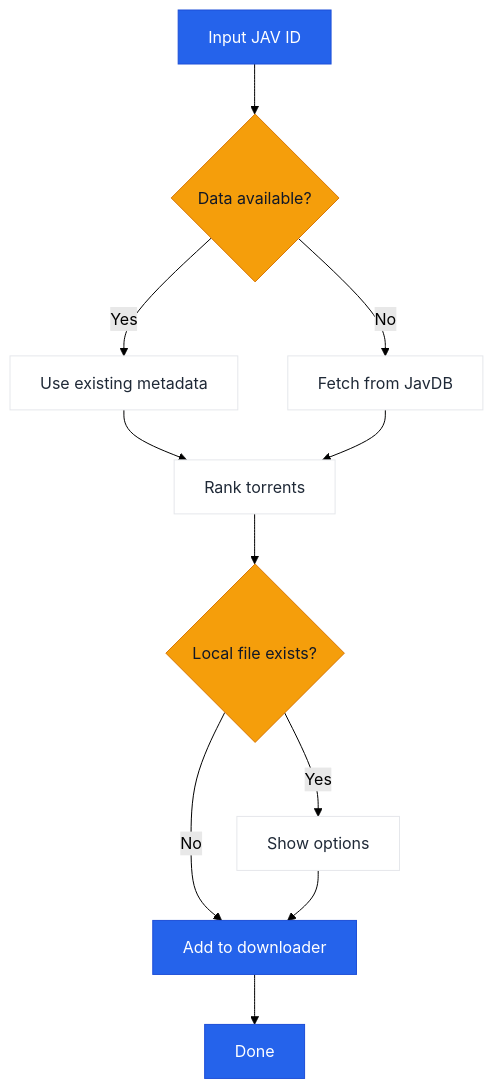
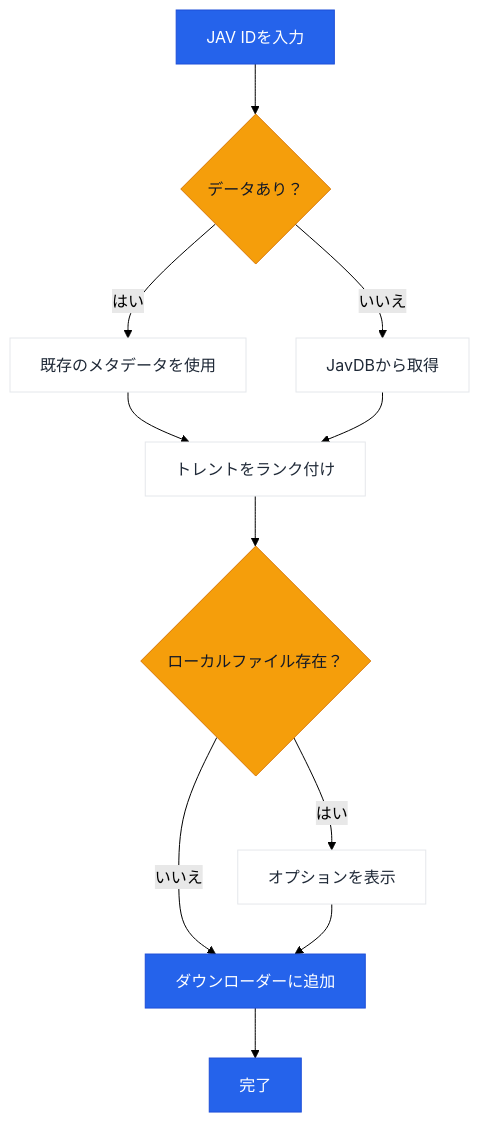
Before and after one commit to jqknono/jav-manager: the diagram in README.ja.md, drawn with Mermaid (forest theme). The commit also changed other lines of this file and 23 other files, not shown here.

````diff
--- a/README.ja.md
+++ b/README.ja.md
@@ -41,21 +41,21 @@
 ```mermaid
 flowchart TD
-    A[Input JAV ID] --> B{Data available?}
-    B -->|Yes| C[Use existing metadata]
-    B -->|No| D[Fetch from JavDB]
-    C --> E[Rank torrents]
+    A[JAV IDを入力] --> B{データあり？}
+    B -->|はい| C[既存のメタデータを使用]
+    B -->|いいえ| D[JavDBから取得]
+    C --> E[トレントをランク付け]
     D --> E
-    E --> F{Local file exists?}
-    F -->|Yes| G[Show options]
-    F -->|No| H[Add to downloader]
+    E --> F{ローカルファイル存在？}
+    F -->|はい| G[オプションを表示]
+    F -->|いいえ| H[ダウンローダーに追加]
     G --> H
-    H --> I[Done]
+    H --> I[完了]
 
     classDef primary fill:#2563eb,stroke:#1d4ed8,color:#ffffff;
     classDef decision fill:#f59e0b,stroke:#d97706,color:#111827;
     classDef neutral fill:#ffffff,stroke:#e5e7eb,color:#1f2937;
 
     class A,H,I primary;
     class B,F decision;
     class C,D,E,G neutral;
 ```
````
